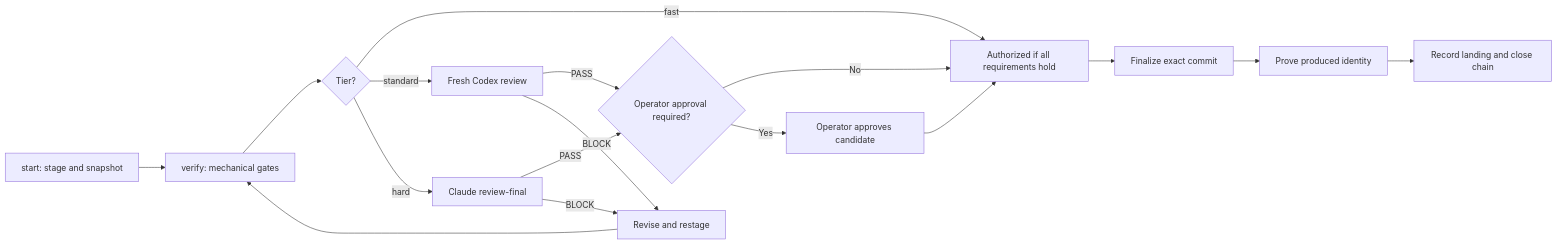
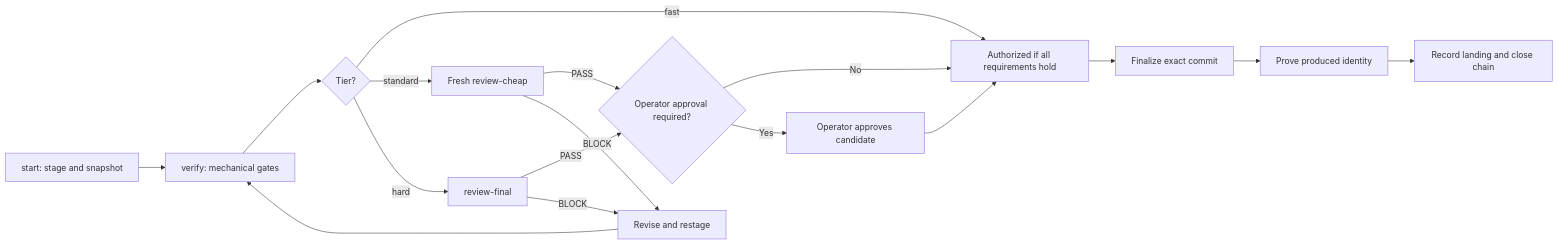
The fifth of 6 diagrams in OPERATIONS.md (nixlim/forge-plugin), drawn with Mermaid before and after one commit. The commit also changed other lines of this file and 9 other files, not shown here.

````diff
--- a/OPERATIONS.md
+++ b/OPERATIONS.md
@@ -382,19 +389,19 @@
 ```mermaid
 flowchart LR
     Start["start: stage and snapshot"] --> Verify["verify: mechanical gates"]
     Verify --> Tier{"Tier?"}
     Tier -->|fast| Authorized["Authorized if all requirements hold"]
-    Tier -->|standard| Cheap["Fresh Codex review"]
-    Tier -->|hard| Final["Claude review-final"]
+    Tier -->|standard| Cheap["Fresh review-cheap"]
+    Tier -->|hard| Final["review-final"]
     Cheap -->|PASS| Authority{"Operator approval required?"}
     Final -->|PASS| Authority
     Cheap -->|BLOCK| Restage["Revise and restage"]
     Final -->|BLOCK| Restage
     Restage --> Verify
     Authority -->|No| Authorized
     Authority -->|Yes| Approve["Operator approves candidate"]
     Approve --> Authorized
     Authorized --> Commit["Finalize exact commit"]
     Commit --> Prove["Prove produced identity"]
     Prove --> Closed["Record landing and close chain"]
 ```
````
